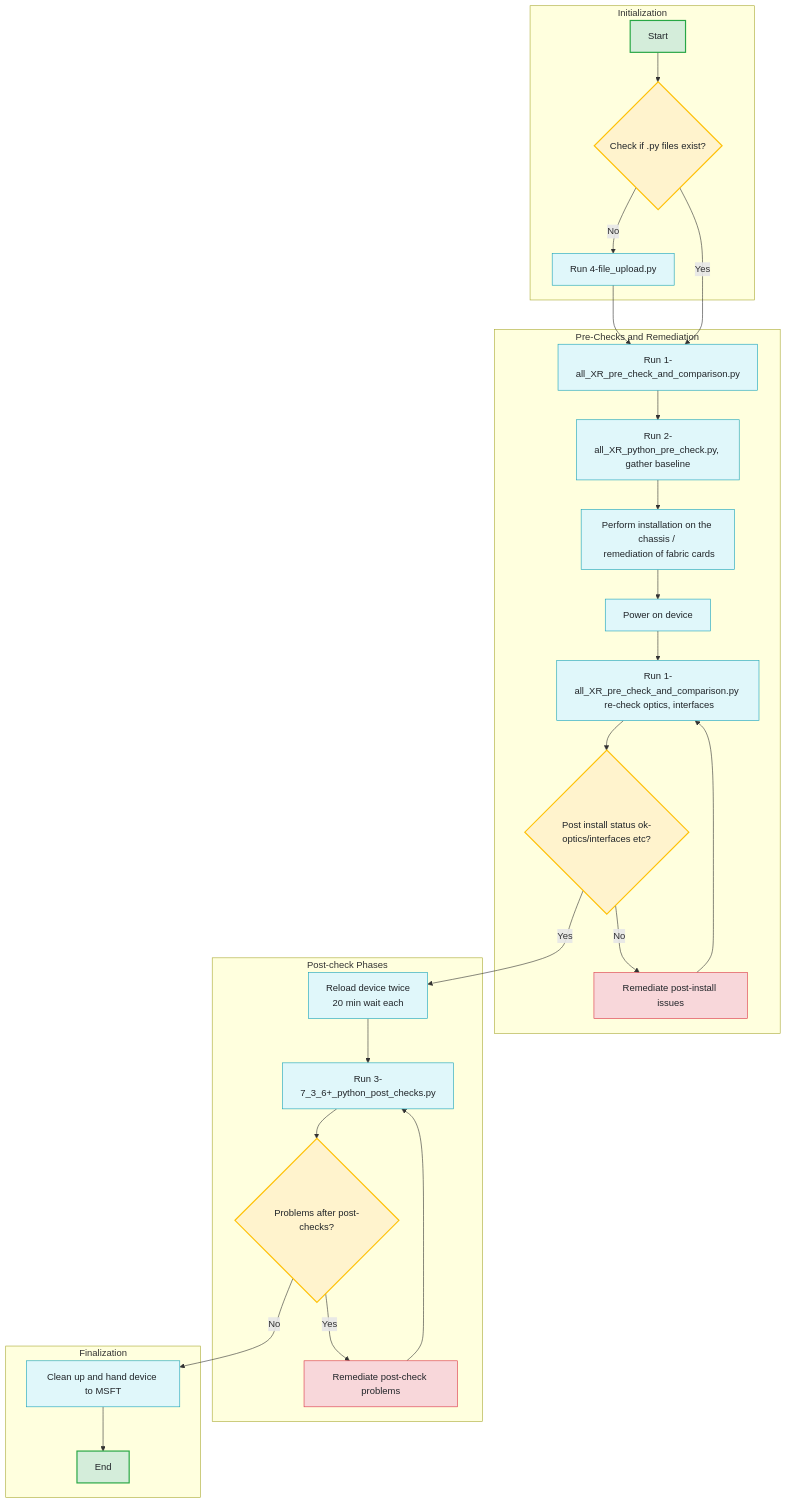
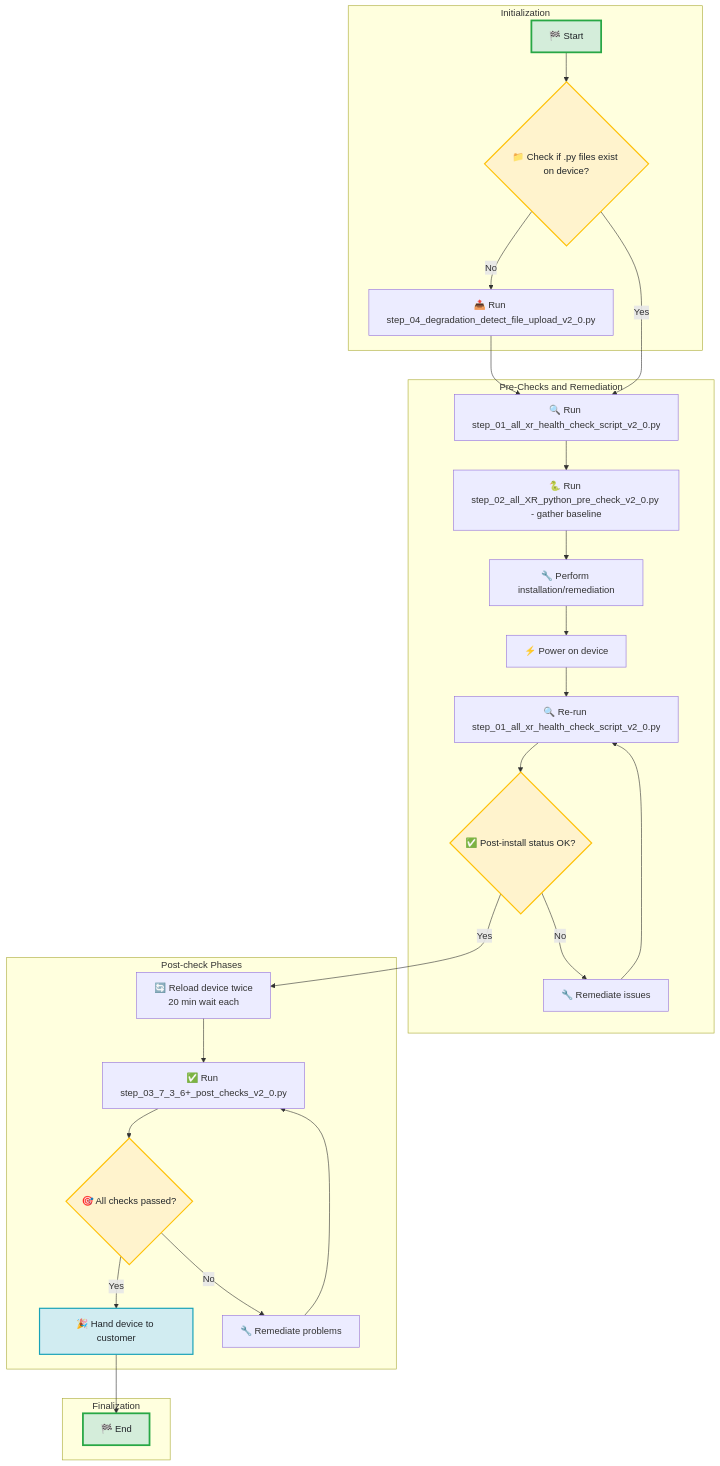
The diagram in 7_3_6+_WP3_Health_Check_Prod/0-ReadMe.md (prongupt/WP-Remediation-MoP), drawn with Mermaid before and after one commit.

Commit message:
Update 0-ReadMe.md
Making changes on GitHub directly

````diff
--- a/7_3_6+_WP3_Health_Check_Prod/0-ReadMe.md
+++ b/7_3_6+_WP3_Health_Check_Prod/0-ReadMe.md
@@ -17,52 +17,41 @@
 ```mermaid
 graph TD
     subgraph Initialization
-        A[Start] --> B{Check if .py files exist?};
-        B -- No --> C[Run 4-file_upload.py];
-
+        A[🏁 Start] --> B{📁 Check if .py files exist on device?};
+        B -- No --> C[📤 Run step_04_degradation_detect_file_upload_v2_0.py];
     end
 
     subgraph Pre-Checks and Remediation
-        C --> D[Run 1-all_XR_pre_check_and_comparison.py];
+        C --> D[🔍 Run step_01_all_xr_health_check_script_v2_0.py];
         B -- Yes --> D; 
-        D --> E[Run 2-all_XR_python_pre_check.py, gather baseline];
-        E --> F[Perform installation on the chassis / <br> remediation of fabric cards];
-        F --> I[Power on device];
-        J_node[Run 1-all_XR_pre_check_and_comparison.py <br> re-check optics, interfaces];
+        D --> E[🐍 Run step_02_all_XR_python_pre_check_v2_0.py - gather baseline];
+        E --> F[🔧 Perform installation/remediation];
+        F --> I[⚡ Power on device];
+        J_node[🔍 Re-run step_01_all_xr_health_check_script_v2_0.py];
         I --> J_node;
-        J_node --> K{Post install status ok-optics/interfaces etc?};
-        K -- No --> K_Remediate_Step[Remediate post-install issues];
+        J_node --> K{✅ Post-install status OK?};
+        K -- No --> K_Remediate_Step[🔧 Remediate issues];
         K_Remediate_Step --> J_node;
     end
 
     subgraph Post-check Phases
-        K -- Yes --> L[Reload device twice <br> 20 min wait each];
-        L --> M[Run 3-7_3_6+_python_post_checks.py];
-        M --> N{Problems after post-checks?};
-        N -- Yes --> O[Remediate post-check problems];
+        K -- Yes --> L[🔄 Reload device twice<br>20 min wait each];
+        L --> M[✅ Run step_03_7_3_6+_post_checks_v2_0.py];
+        M --> N{🎯 All checks passed?};
+        N -- Yes --> P[🎉 Hand device to customer];
+        N -- No --> O[🔧 Remediate problems];
         O --> M;
     end
     
     subgraph Finalization
-        N -- No --> P[Clean up and hand device to MSFT];
-        P --> Q[End];
+        P --> Q[🏁 End];
     end
 
-    %% Styling for better readability
-    style A fill:#D4EDDA,stroke:#28A745,stroke-width:2px,color:#212529
-    style Q fill:#D4EDDA,stroke:#28A745,stroke-width:2px,color:#212529
+    %% Styling
+    style A fill:#D4EDDA,stroke:#28A745,stroke-width:3px,color:#212529
+    style Q fill:#D4EDDA,stroke:#28A745,stroke-width:3px,color:#212529
     style B fill:#FFF3CD,stroke:#FFC107,stroke-width:2px,color:#212529
     style K fill:#FFF3CD,stroke:#FFC107,stroke-width:2px,color:#212529
     style N fill:#FFF3CD,stroke:#FFC107,stroke-width:2px,color:#212529
-    style C fill:#E0F7FA,stroke:#17A2B8,stroke-width:1px,color:#212529
-    style D fill:#E0F7FA,stroke:#17A2B8,stroke-width:1px,color:#212529
-    style E fill:#E0F7FA,stroke:#17A2B8,stroke-width:1px,color:#212529
-    style F fill:#E0F7FA,stroke:#17A2B8,stroke-width:1px,color:#212529
-    style I fill:#E0F7FA,stroke:#17A2B8,stroke-width:1px,color:#212529
-    style J_node fill:#E0F7FA,stroke:#17A2B8,stroke-width:1px,color:#212529
-    style L fill:#E0F7FA,stroke:#17A2B8,stroke-width:1px,color:#212529
-    style M fill:#E0F7FA,stroke:#17A2B8,stroke-width:1px,color:#212529
-    style P fill:#E0F7FA,stroke:#17A2B8,stroke-width:1px,color:#212529
-    style O fill:#F8D7DA,stroke:#DC3545,stroke-width:1px,color:#212529
-    style K_Remediate_Step fill:#F8D7DA,stroke:#DC3545,stroke-width:1px,color:#212529
+    style P fill:#D1ECF1,stroke:#17A2B8,stroke-width:2px,color:#212529
 ```
````
